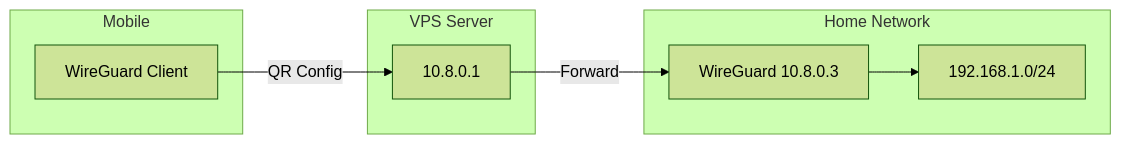
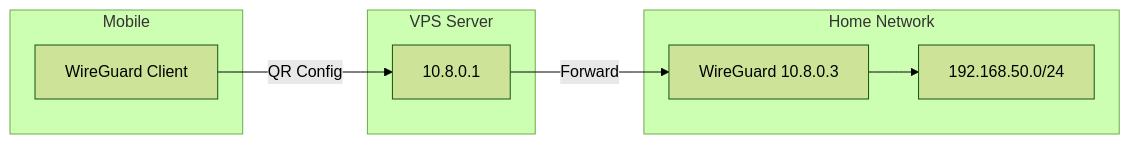
Before and after one commit to kpoxo6op/soyspray: the diagram in wireguard_keys/README.md, drawn with Mermaid (forest theme). The commit also changed other lines of this file and 34 other files, not shown here.

````diff
--- a/wireguard_keys/README.md
+++ b/wireguard_keys/README.md
@@ -7,19 +7,19 @@
 ```mermaid
 graph LR
     subgraph Mobile
         M[WireGuard Client]
     end
 
     subgraph VPS[VPS Server]
         V[10.8.0.1]
     end
 
     subgraph Home[Home Network]
         H[WireGuard 10.8.0.3]
-        N[192.168.1.0/24]
+        N[192.168.50.0/24]
         H --> N
     end
 
     M -->|QR Config| V
     V -->|Forward| H
 ```
````
